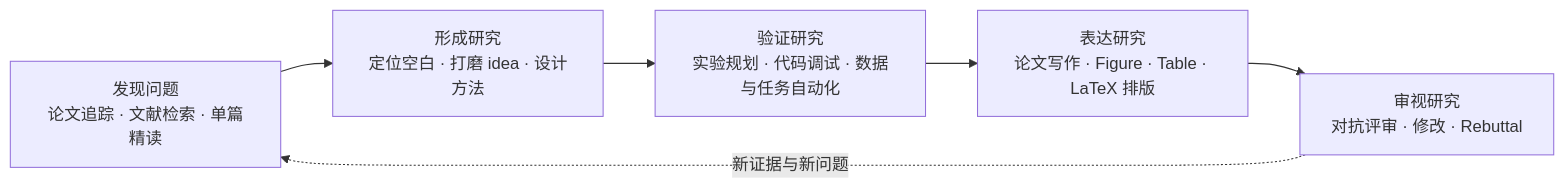
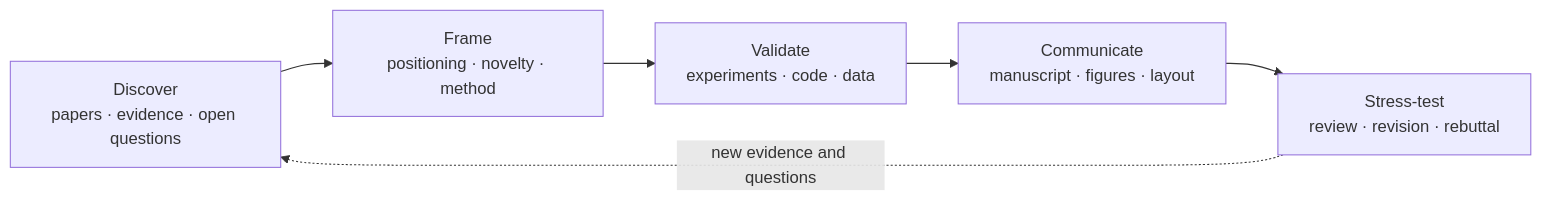
The diagram in README.md (ZeyuLing/research_autocode_skills), drawn with Mermaid before and after one commit. The commit also changed other lines of this file and 8 other files, not shown here.

````diff
--- a/README.md
+++ b/README.md
@@ -21,8 +67,8 @@
 ```mermaid
 flowchart LR
-    A["发现问题<br/>论文追踪 · 文献检索 · 单篇精读"] --> B["形成研究<br/>定位空白 · 打磨 idea · 设计方法"]
-    B --> C["验证研究<br/>实验规划 · 代码调试 · 数据与任务自动化"]
-    C --> D["表达研究<br/>论文写作 · Figure · Table · LaTeX 排版"]
-    D --> E["审视研究<br/>对抗评审 · 修改 · Rebuttal"]
-    E -. "新证据与新问题" .-> A
+    A["Discover<br/>papers · evidence · open questions"] --> B["Frame<br/>positioning · novelty · method"]
+    B --> C["Validate<br/>experiments · code · data"]
+    C --> D["Communicate<br/>manuscript · figures · layout"]
+    D --> E["Stress-test<br/>review · revision · rebuttal"]
+    E -. "new evidence and questions" .-> A
 ```
````
